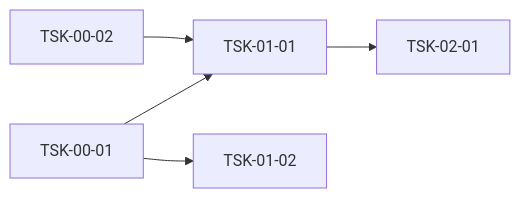
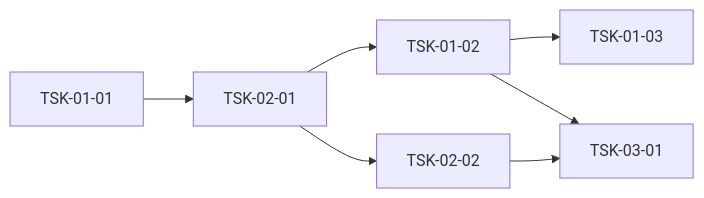
The diagram in .claude/skills/dflow-wbs/references/output-format.md (donseok/wbs-web), drawn with Mermaid before and after one commit. The commit also changed other lines of this file and 9 other files, not shown here.

````diff
--- a/.claude/skills/dflow-wbs/references/output-format.md
+++ b/.claude/skills/dflow-wbs/references/output-format.md
@@ -99,8 +99,10 @@
 ```mermaid
 graph LR
-  TSK-00-01 --> TSK-01-01
-  TSK-00-01 --> TSK-01-02
-  TSK-00-02 --> TSK-01-01
   TSK-01-01 --> TSK-02-01
+  TSK-02-01 --> TSK-01-02
+  TSK-02-01 --> TSK-02-02
+  TSK-01-02 --> TSK-01-03
+  TSK-01-02 --> TSK-03-01
+  TSK-02-02 --> TSK-03-01
   %% ... 모든 depends 관계를 간선으로 표기 ...
 ```
````
